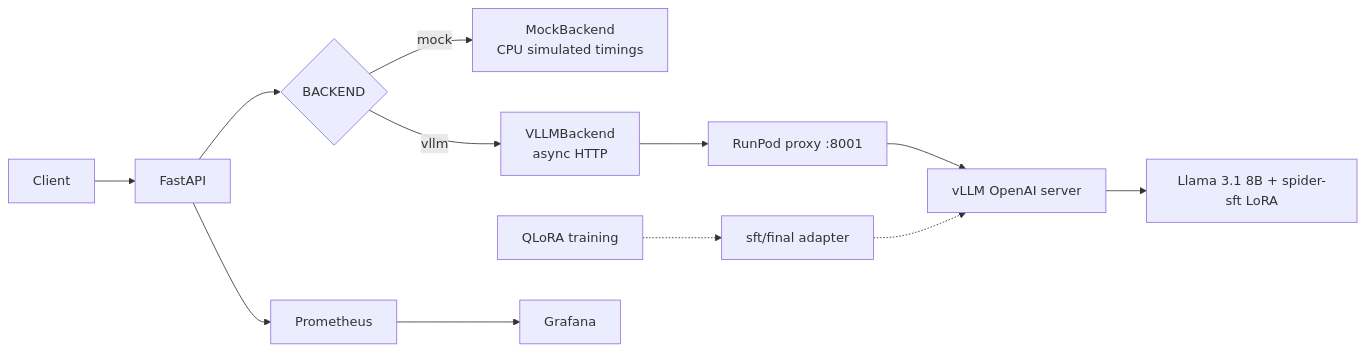
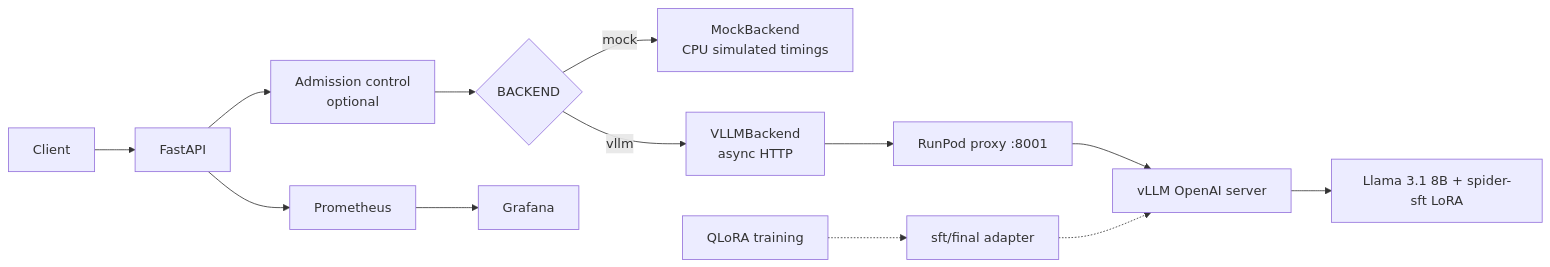
The diagram in README.md (abdullahkhaja/llm-inference-platform), drawn with Mermaid before and after one commit. The commit also changed other lines of this file and 30 other files, not shown here.

Commit message:
Phase 3: prefix caching, admission control, tracing, and GPU validation

````diff
--- a/README.md
+++ b/README.md
@@ -62,14 +64,15 @@
 ```mermaid
 flowchart LR
   Client[Client] --> API[FastAPI]
-  API --> Sel{BACKEND}
+  API --> Admit[Admission control<br/>optional]
+  Admit --> Sel{BACKEND}
   Sel -->|mock| Mock[MockBackend<br/>CPU simulated timings]
   Sel -->|vllm| Remote[VLLMBackend<br/>async HTTP]
   Remote --> Pod[RunPod proxy :8001]
   Pod --> Engine[vLLM OpenAI server]
   Engine --> Model[Llama 3.1 8B + spider-sft LoRA]
   Train[QLoRA training] -.-> Adapter[sft/final adapter]
   Adapter -.-> Engine
   API --> Prom[Prometheus]
   Prom --> Graf[Grafana]
 ```
````
